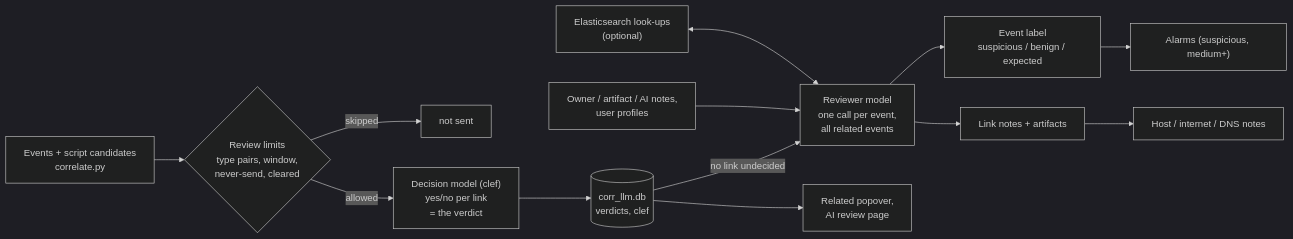
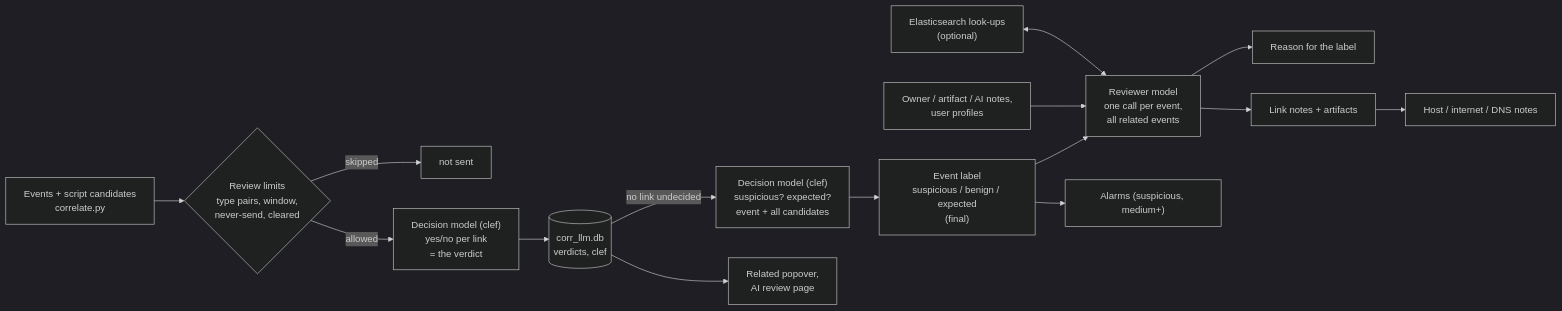
Before and after one commit to hermeslohin/netmon: the first of 3 diagrams in docs/CORRELATION.md, drawn with Mermaid (dark theme). The commit also changed other lines of this file and 5 other files, not shown here.

````diff
--- a/docs/CORRELATION.md
+++ b/docs/CORRELATION.md
@@ -122,15 +131,17 @@
 ```mermaid
 flowchart LR
     EV["Events + script candidates\ncorrelate.py"] --> LIM{"Review limits\ntype pairs, window,\nnever-send, cleared"}
     LIM -- "skipped" --> HID["not sent"]
     LIM -- "allowed" --> CLEF["Decision model (clef)\nyes/no per link\n= the verdict"]
     CLEF --> DB[("corr_llm.db\nverdicts, clef")]
-    DB -- "no link undecided" --> REV["Reviewer model\none call per event,\nall related events"]
+    DB -- "no link undecided" --> CL2["Decision model (clef)\nsuspicious? expected?\nevent + all candidates"]
+    CL2 --> LAB["Event label\nsuspicious / benign / expected\n(final)"]
+    LAB --> REV["Reviewer model\none call per event,\nall related events"]
     NOTES["Owner / artifact / AI notes,\nuser profiles"] --> REV
     ES["Elasticsearch look-ups\n(optional)"] <--> REV
-    REV --> LAB["Event label\nsuspicious / benign / expected"]
+    REV --> RS["Reason for the label"]
     REV --> LN["Link notes + artifacts"]
     LN --> HN["Host / internet / DNS notes"]
     LAB --> AL["Alarms (suspicious, medium+)"]
     DB --> UI["Related popover,\nAI review page"]
 ```
````
